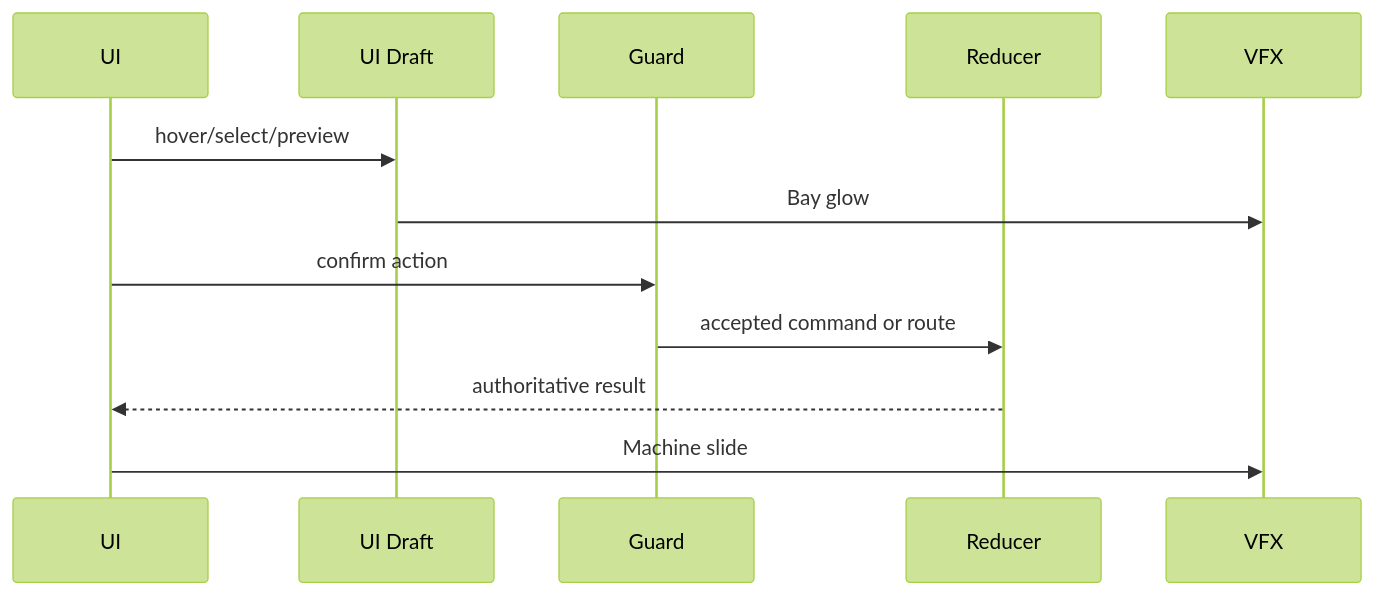
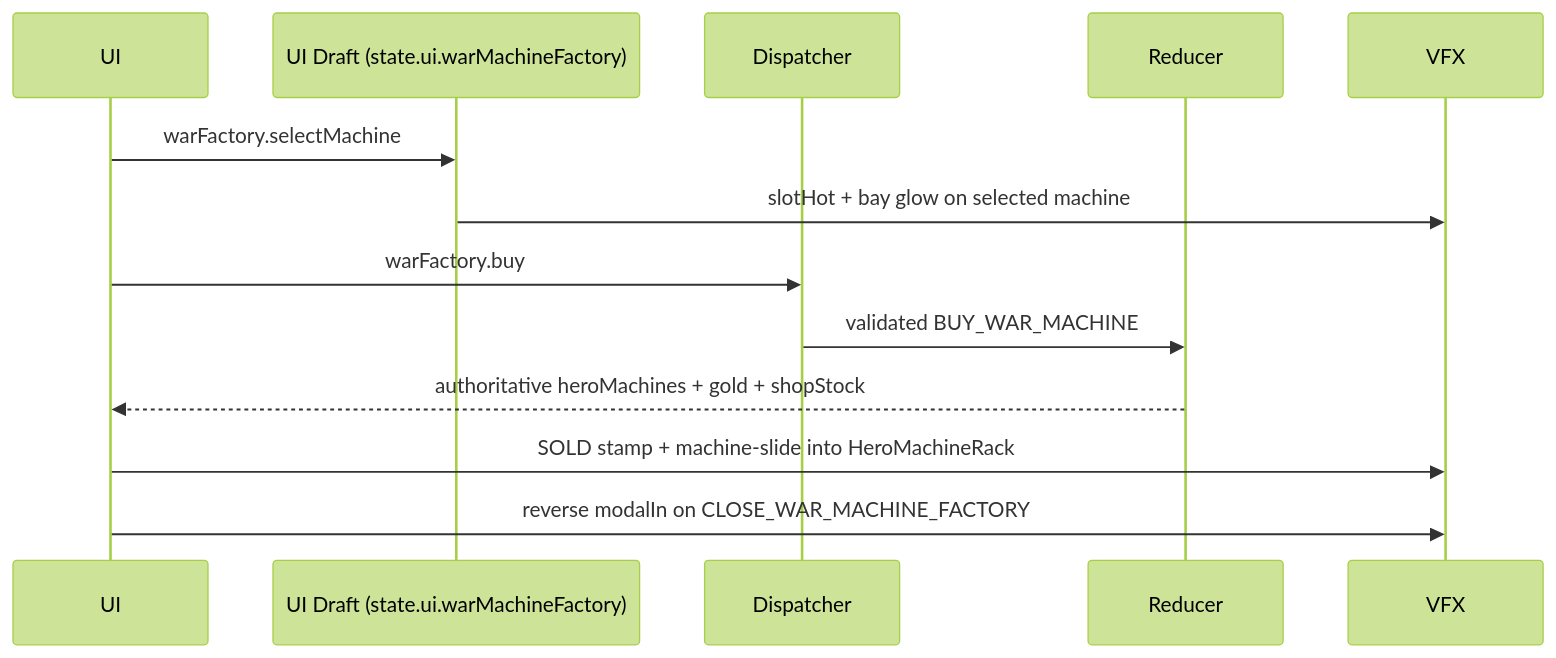
The fourth of 5 diagrams in docs/architecture/wiki/screens/14-war-machine-factory/architecture.md (SunaNoOshiro/Heroes_Reforged_AI_Realms), drawn with Mermaid (forest theme) before and after one commit. The commit also changed other lines of this file and 518 other files, not shown here.

First line of the commit message:
Add doc-audit skill and sweep architecture/screen docs

````diff
--- a/docs/architecture/wiki/screens/14-war-machine-factory/architecture.md
+++ b/docs/architecture/wiki/screens/14-war-machine-factory/architecture.md
@@ -52,14 +63,15 @@
 ```mermaid
 sequenceDiagram
   participant UI
-  participant Draft as UI Draft
-  participant Guard
+  participant Draft as UI Draft (state.ui.warMachineFactory)
+  participant Dispatcher
   participant Reducer
   participant VFX
-  UI->>Draft: hover/select/preview
-  Draft->>VFX: Bay glow
-  UI->>Guard: confirm action
-  Guard->>Reducer: accepted command or route
-  Reducer-->>UI: authoritative result
-  UI->>VFX: Machine slide
+  UI->>Draft: warFactory.selectMachine
+  Draft->>VFX: slotHot + bay glow on selected machine
+  UI->>Dispatcher: warFactory.buy
+  Dispatcher->>Reducer: validated BUY_WAR_MACHINE
+  Reducer-->>UI: authoritative heroMachines + gold + shopStock
+  UI->>VFX: SOLD stamp + machine-slide into HeroMachineRack
+  UI->>VFX: reverse modalIn on CLOSE_WAR_MACHINE_FACTORY
 ```
````
